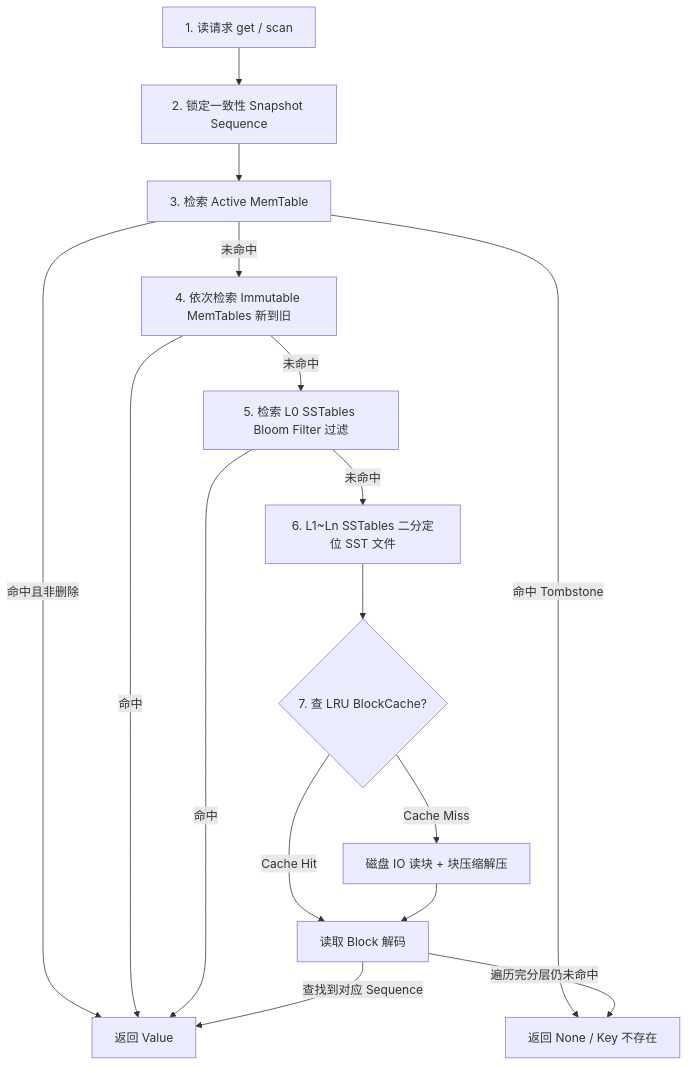
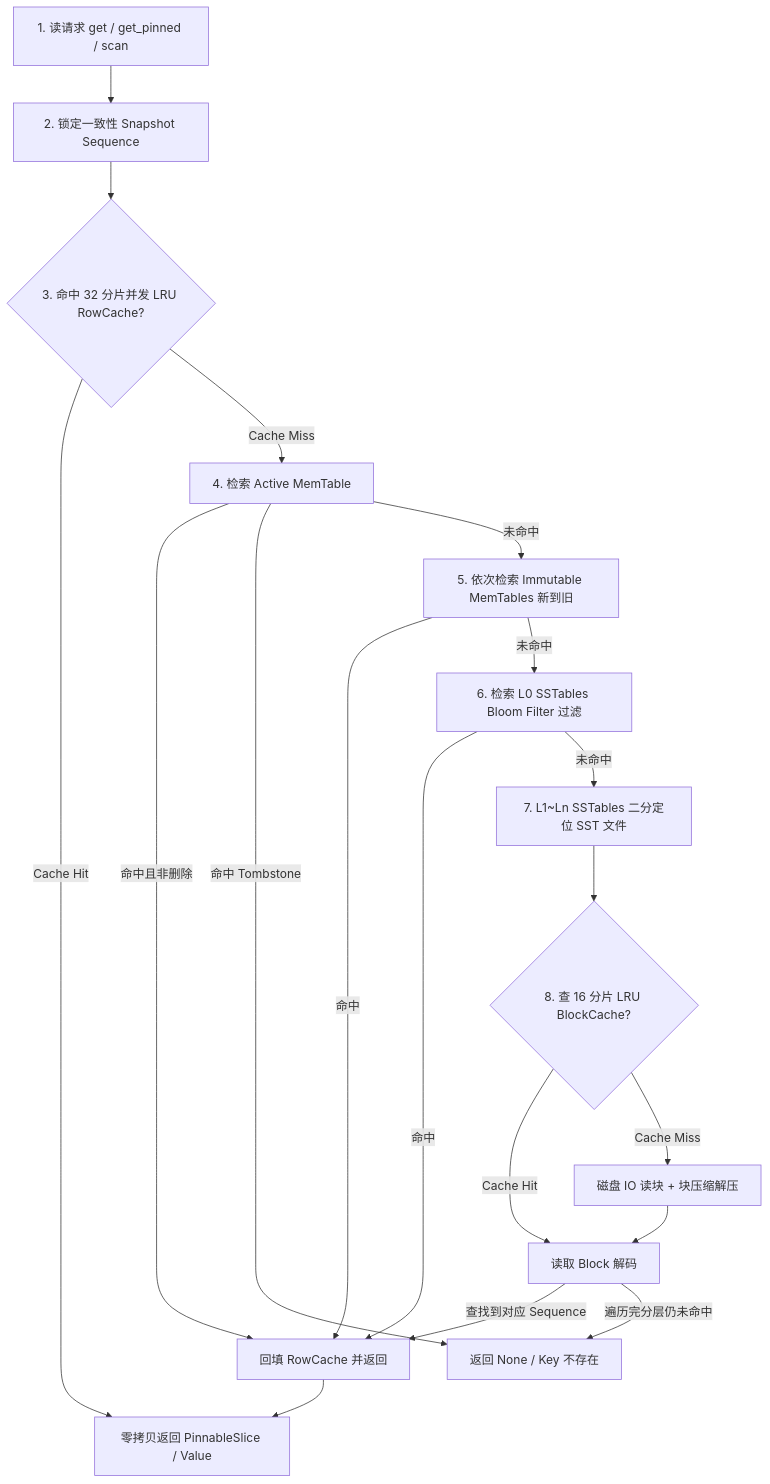
Before and after one commit to wiqun/AiDb: the third of 8 diagrams in ARCHITECTURE.md, drawn with Mermaid. The commit also changed other lines of this file and 28 other files, not shown here.

````diff
--- a/ARCHITECTURE.md
+++ b/ARCHITECTURE.md
@@ -117,18 +119,21 @@
 ```mermaid
 flowchart TD
-    Req[1. 读请求 get / scan] --> Seq[2. 锁定一致性 Snapshot Sequence]
-    Seq --> MT1[3. 检索 Active MemTable]
-    MT1 -->|命中且非删除| Ret[返回 Value]
+    Req[1. 读请求 get / get_pinned / scan] --> Seq[2. 锁定一致性 Snapshot Sequence]
+    Seq --> RC{3. 命中 32 分片并发 LRU RowCache?}
+    RC -->|Cache Hit| RetPinned[零拷贝返回 PinnableSlice / Value]
+    RC -->|Cache Miss| MT1[4. 检索 Active MemTable]
+    MT1 -->|命中且非删除| FillRC[回填 RowCache 并返回]
     MT1 -->|命中 Tombstone| None[返回 None / Key 不存在]
-    MT1 -->|未命中| MT2[4. 依次检索 Immutable MemTables 新到旧]
-    MT2 -->|命中| Ret
-    MT2 -->|未命中| L0[5. 检索 L0 SSTables Bloom Filter 过滤]
-    L0 -->|命中| Ret
-    L0 -->|未命中| L1[6. L1~Ln SSTables 二分定位 SST 文件]
-    L1 --> Cache{7. 查 LRU BlockCache?}
+    MT1 -->|未命中| MT2[5. 依次检索 Immutable MemTables 新到旧]
+    MT2 -->|命中| FillRC
+    MT2 -->|未命中| L0[6. 检索 L0 SSTables Bloom Filter 过滤]
+    L0 -->|命中| FillRC
+    L0 -->|未命中| L1[7. L1~Ln SSTables 二分定位 SST 文件]
+    L1 --> Cache{8. 查 16 分片 LRU BlockCache?}
     Cache -->|Cache Hit| BlockRead[读取 Block 解码]
     Cache -->|Cache Miss| DiskRead[磁盘 IO 读块 + 块压缩解压]
     DiskRead --> BlockRead
-    BlockRead -->|查找到对应 Sequence| Ret
+    BlockRead -->|查找到对应 Sequence| FillRC
     BlockRead -->|遍历完分层仍未命中| None
+    FillRC --> RetPinned
 ```
````
